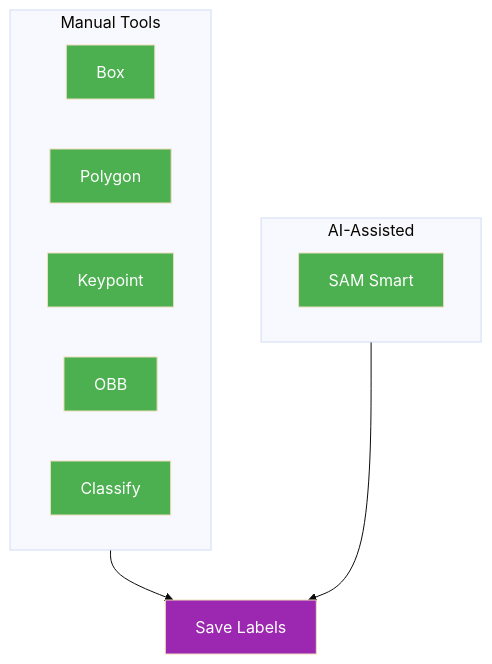
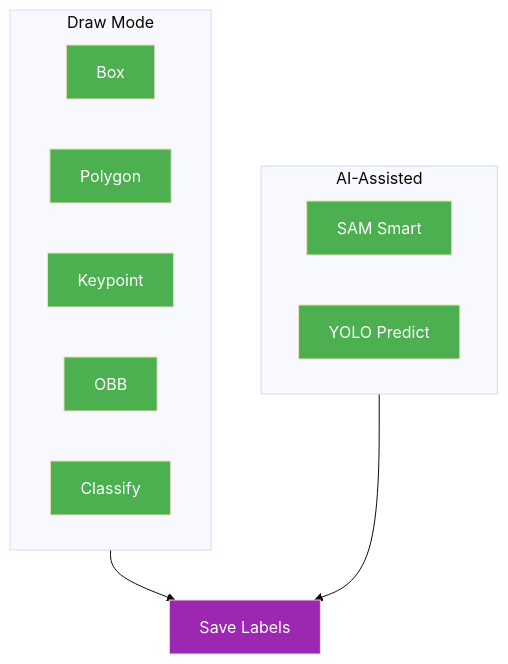
Before and after one commit to ultralytics/ultralytics: the first of 3 diagrams in docs/en/platform/data/annotation.md, drawn with Mermaid (base theme). The commit also changed other lines of this file and 29 other files, not shown here.

````diff
--- a/docs/en/platform/data/annotation.md
+++ b/docs/en/platform/data/annotation.md
@@ -14,14 +14,15 @@
 ```mermaid
 graph TB
-    subgraph Manual["Manual Tools"]
+    subgraph Draw["Draw Mode"]
         A[Box]:::start & B[Polygon]:::start & C[Keypoint]:::start & D[OBB]:::start & E[Classify]:::start
     end
     subgraph AI["AI-Assisted"]
         F[SAM Smart]:::start
+        G[YOLO Predict]:::start
     end
-    Manual --> H[Save Labels]:::out
+    Draw --> H[Save Labels]:::out
     AI --> H
 
     classDef start fill:#4CAF50,color:#fff
     classDef out fill:#9C27B0,color:#fff
 ```
````
